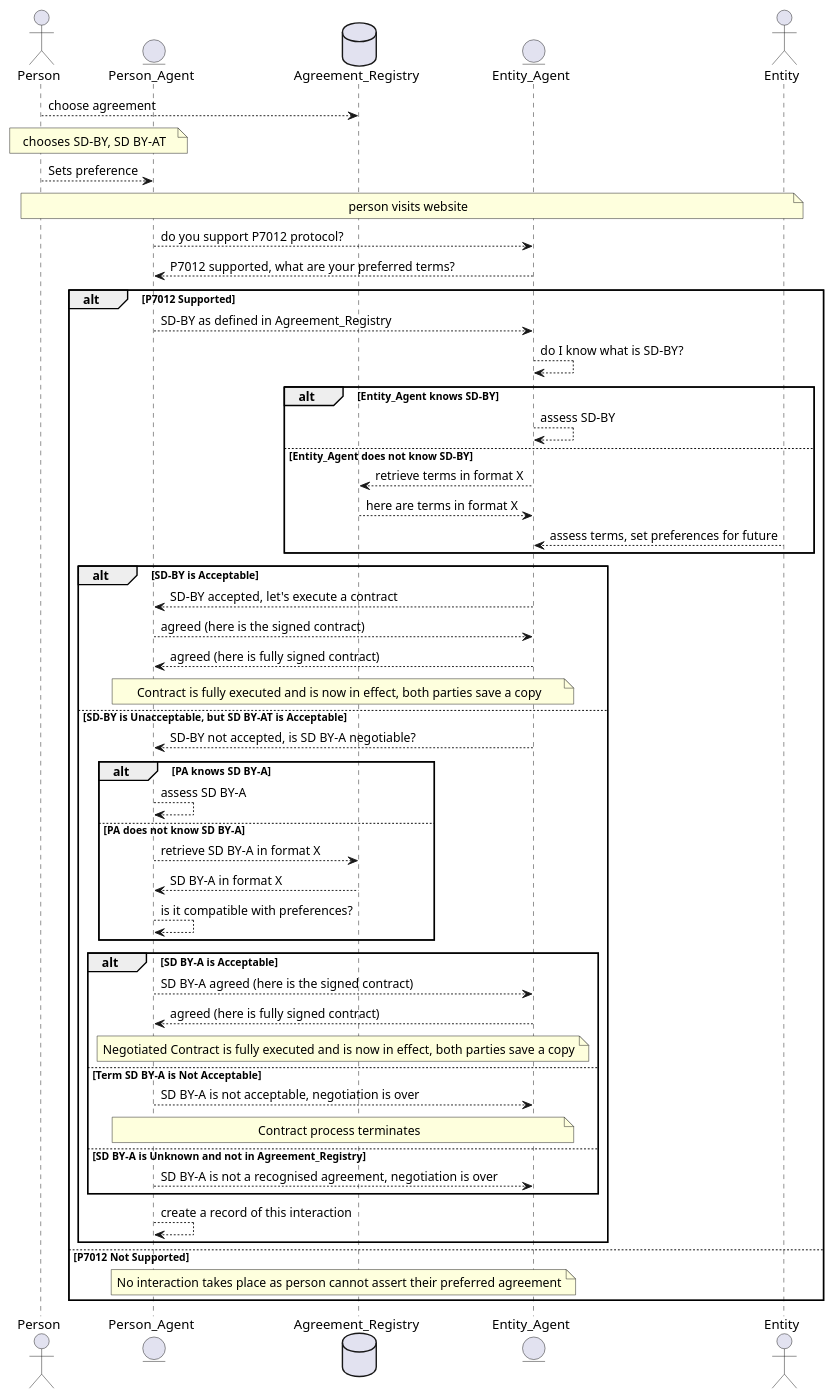
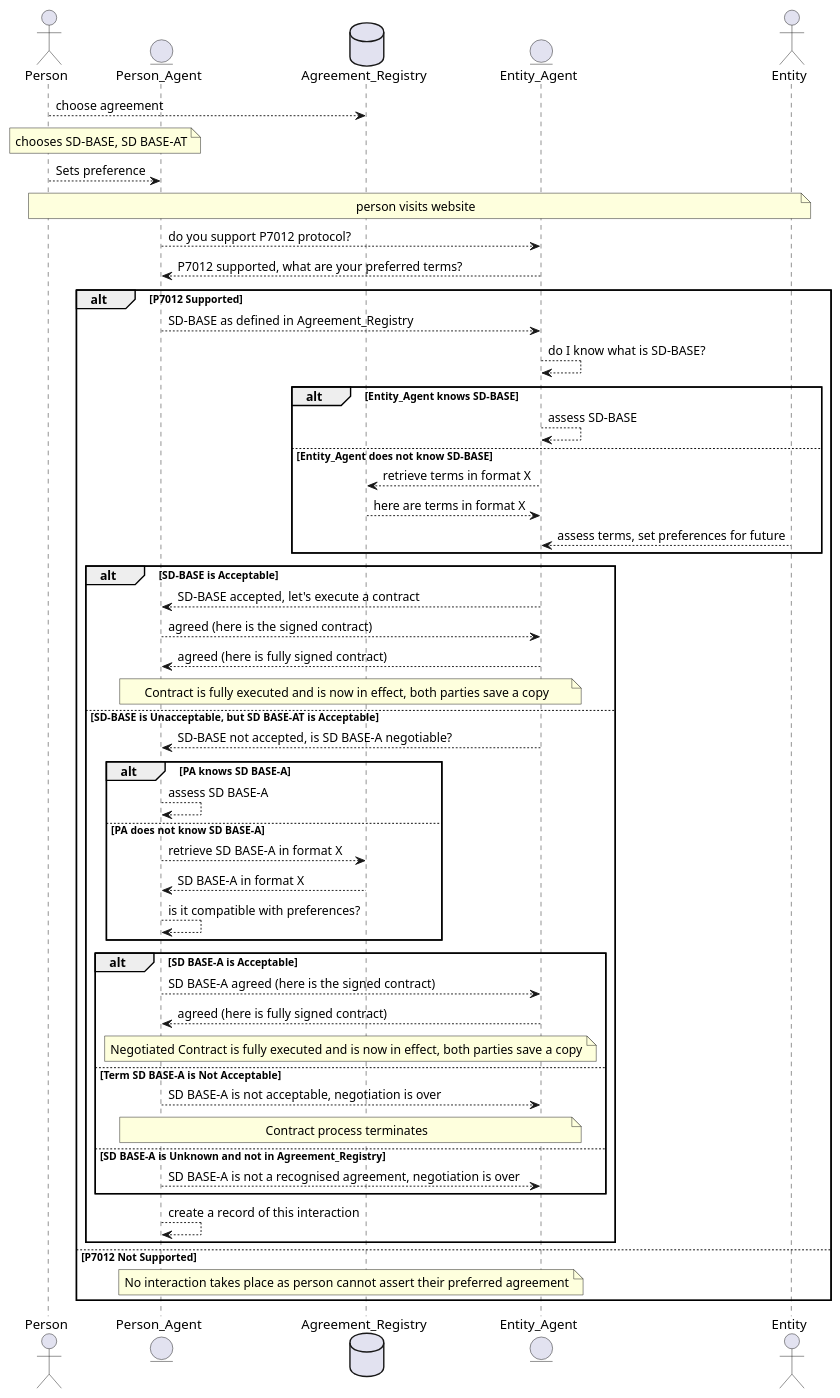
The diagram in 2.2/diagrams/plantuml/p7012-process-detailed.plantuml (w3c/dpv), drawn with PlantUML before and after one commit. The commit also changed 3 other files, not shown here.

Commit message:
p7012 updated diagrams ; close #379

```diff
--- a/2.2/diagrams/plantuml/p7012-process-detailed.plantuml
+++ b/2.2/diagrams/plantuml/p7012-process-detailed.plantuml
@@ -1,56 +1,56 @@
 @startuml
 actor Person as P
 entity Person_Agent as PA
 database Agreement_Registry as R
 entity Entity_Agent as PRA
 actor Entity as SP
 
 P --> R: choose agreement
-note over P, PA: chooses SD-BY, SD BY-AT
+note over P, PA: chooses SD-BASE, SD BASE-AT
 P --> PA : Sets preference
 note over P, SP: person visits website
 PA --> PRA : do you support P7012 protocol?
 PRA --> PA : P7012 supported, what are your preferred terms?
 
 alt P7012 Supported
-    PA --> PRA : SD-BY as defined in Agreement_Registry
-    PRA --> PRA : do I know what is SD-BY?
-    alt Entity_Agent knows SD-BY
-      PRA --> PRA: assess SD-BY
+    PA --> PRA : SD-BASE as defined in Agreement_Registry
+    PRA --> PRA : do I know what is SD-BASE?
+    alt Entity_Agent knows SD-BASE
+      PRA --> PRA: assess SD-BASE
     
-    else Entity_Agent does not know SD-BY
+    else Entity_Agent does not know SD-BASE
       PRA --> R: retrieve terms in format X
       R --> PRA: here are terms in format X
       SP --> PRA : assess terms, set preferences for future
     end
     
-    alt SD-BY is Acceptable
-        PRA --> PA : SD-BY accepted, let's execute a contract
+    alt SD-BASE is Acceptable
+        PRA --> PA : SD-BASE accepted, let's execute a contract
         PA --> PRA : agreed (here is the signed contract)
         PRA --> PA : agreed (here is fully signed contract)
         note over PRA, PA : Contract is fully executed and is now in effect, both parties save a copy
-    else SD-BY is Unacceptable, but SD BY-AT is Acceptable
-        PRA --> PA : SD-BY not accepted, is SD BY-A negotiable?
-        alt PA knows SD BY-A
-          PA --> PA : assess SD BY-A
-        else PA does not know SD BY-A
-          PA --> R: retrieve SD BY-A in format X
-          R --> PA: SD BY-A in format X
+    else SD-BASE is Unacceptable, but SD BASE-AT is Acceptable
+        PRA --> PA : SD-BASE not accepted, is SD BASE-A negotiable?
+        alt PA knows SD BASE-A
+          PA --> PA : assess SD BASE-A
+        else PA does not know SD BASE-A
+          PA --> R: retrieve SD BASE-A in format X
+          R --> PA: SD BASE-A in format X
           PA --> PA: is it compatible with preferences?
         end
-        alt SD BY-A is Acceptable
-            PA --> PRA : SD BY-A agreed (here is the signed contract)
+        alt SD BASE-A is Acceptable
+            PA --> PRA : SD BASE-A agreed (here is the signed contract)
             PRA --> PA : agreed (here is fully signed contract)
             note over PRA, PA : Negotiated Contract is fully executed and is now in effect, both parties save a copy
-        else Term SD BY-A is Not Acceptable
-            PA --> PRA: SD BY-A is not acceptable, negotiation is over
+        else Term SD BASE-A is Not Acceptable
+            PA --> PRA: SD BASE-A is not acceptable, negotiation is over
             note over PRA, PA : Contract process terminates
-        else SD BY-A is Unknown and not in Agreement_Registry
-            PA --> PRA: SD BY-A is not a recognised agreement, negotiation is over
+        else SD BASE-A is Unknown and not in Agreement_Registry
+            PA --> PRA: SD BASE-A is not a recognised agreement, negotiation is over
         end
         PA --> PA : create a record of this interaction
     end
 else P7012 Not Supported
     note over PRA, PA : No interaction takes place as person cannot assert their preferred agreement
 end
 @enduml
```
